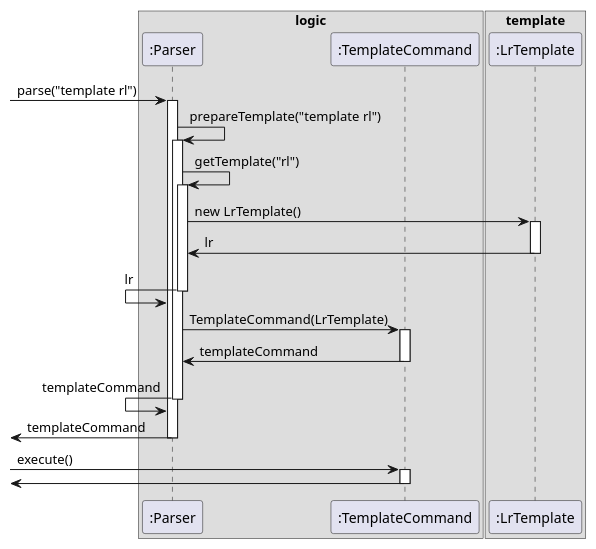
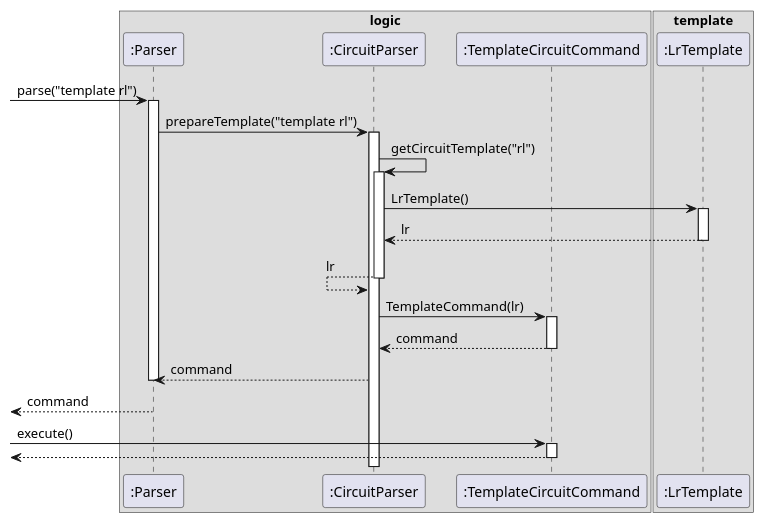
One commit to sevenseasofbri/tp changed the diagram in docs/diagrams/TemplateSequenceDiagram.puml. Above: the diagram before and after it, drawn with PlantUML. The commit also changed 14 other files, not shown here.

Commit message:
Update diagrams

```diff
--- a/docs/diagrams/TemplateSequenceDiagram.puml
+++ b/docs/diagrams/TemplateSequenceDiagram.puml
@@ -1,47 +1,48 @@
 @startuml
 box logic
 participant ":Parser" as Parser
-participant ":TemplateCommand" as TemplateCommand
+participant ":CircuitParser" as Circuit
+participant ":TemplateCircuitCommand" as Template
 end box
 
 box template
 participant ":LrTemplate" as LrTemplate
 end box
 
 [-> Parser : parse("template rl")
 activate Parser
 
-Parser -> Parser : prepareTemplate("template rl")
-activate Parser
+Parser -> Circuit : prepareTemplate("template rl")
+activate Circuit
 
-Parser -> Parser : getTemplate("rl")
-activate Parser
+Circuit -> Circuit : getCircuitTemplate("rl")
+activate Circuit
 
-Parser -> LrTemplate : new LrTemplate()
+Circuit -> LrTemplate : LrTemplate()
 activate LrTemplate
 
-Parser <- LrTemplate : lr
+Circuit <-- LrTemplate : lr
 deactivate LrTemplate
 
-Parser <- Parser: lr
+Circuit <-- Circuit : lr
+deactivate Circuit
+
+Circuit -> Template : TemplateCommand(lr)
+activate Template
+
+Circuit <-- Template : command
+deactivate Template
+
+Parser <-- Circuit : command
 deactivate Parser
 
-Parser -> TemplateCommand : TemplateCommand(LrTemplate)
-activate TemplateCommand
-
-Parser <- TemplateCommand : templateCommand
-deactivate TemplateCommand
-
-Parser <- Parser : templateCommand
+[<-- Parser : command
 deactivate Parser
 
-[<- Parser : templateCommand
-deactivate Parser
+[-> Template : execute()
+activate Template
 
-[-> TemplateCommand : execute()
-activate TemplateCommand
-
-[<- TemplateCommand
-deactivate TemplateCommand
+[<-- Template
+deactivate Template
 
 @enduml
```
